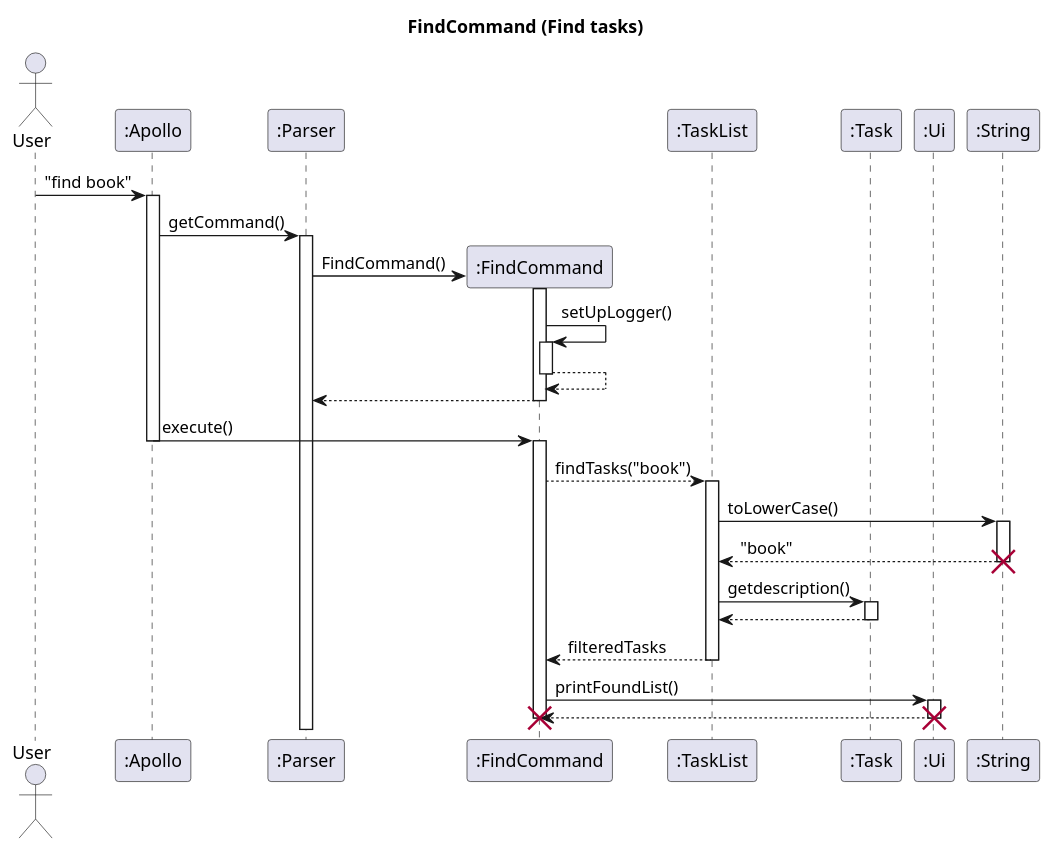
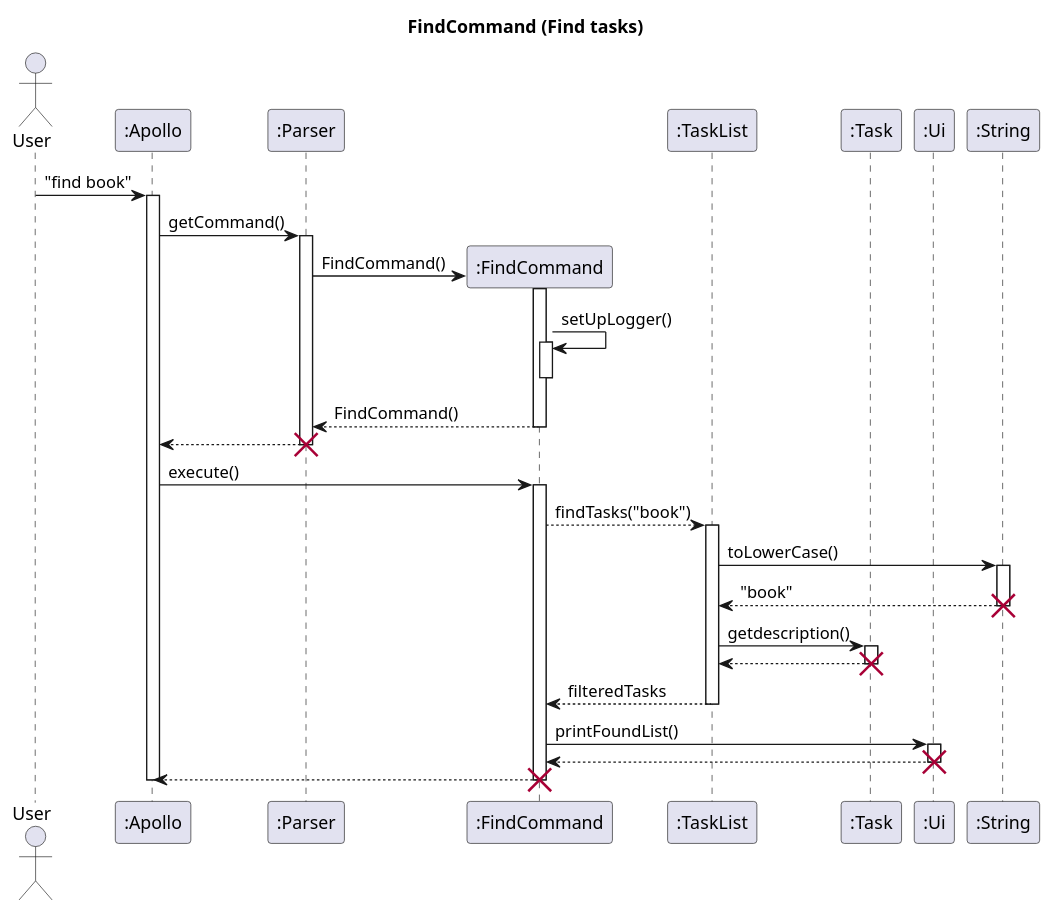
Before and after one commit to nus-cs2113-AY2223S2/tp: the diagram in docs/uml-source/sequence/FindCommand.puml, drawn with PlantUML. The commit also changed 8 other files, not shown here.

Commit message:
Changed UML diagrams

```diff
--- a/docs/uml-source/sequence/FindCommand.puml
+++ b/docs/uml-source/sequence/FindCommand.puml
@@ -1,60 +1,70 @@
 @startuml
+skinparam maxMessageSize 150
 title FindCommand (Find tasks)
 
 actor User
 participant ":Apollo" as Apollo
 participant ":Parser" as Parser
 participant ":FindCommand" as Find
 participant ":TaskList" as TaskList
 participant ":Task" as Task
 participant ":Ui" as Ui
 participant ":String" as String
 
 User -> Apollo : "find book"
 activate Apollo
 Apollo -> Parser : getCommand()
 activate Parser
 Parser -> Find** : FindCommand()
-Find++
-Find -> Find++ : setUpLogger()
+activate Find
+Find -> Find : setUpLogger()
+activate Find
+deactivate Find
 
 
-return
-return
+Find --> Parser : FindCommand()
+deactivate Find
+
+
+Parser --> Apollo
+deactivate Parser
+destroy Parser
 
 Apollo -> Find : execute()
-Apollo --
 activate Find
 Find --> TaskList : findTasks("book")
 activate TaskList
 TaskList -> String : toLowerCase()
 activate String
 String --> TaskList : "book"
 deactivate String
 destroy String
 TaskList -> Task : getdescription()
 activate Task
 Task --> TaskList
 deactivate Task
+destroy Task
 TaskList --> Find: filteredTasks
 deactivate TaskList
 Find -> Ui : printFoundList()
 activate Ui
 Ui --> Find
 deactivate Ui
 destroy Ui
+Find --> Apollo
+deactivate Find
 destroy Find
-
+deactivate Apollo
 
 
 
 
 
 
 
 
 
 
 
 
 @enduml
```
